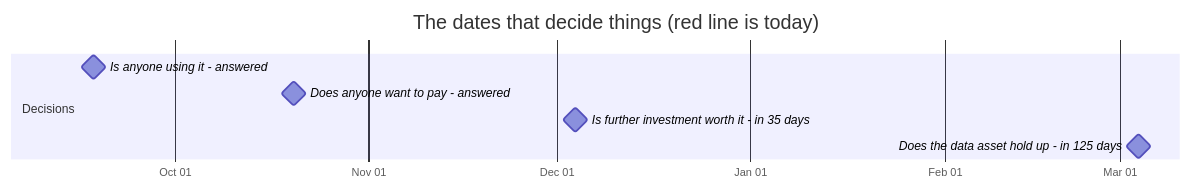
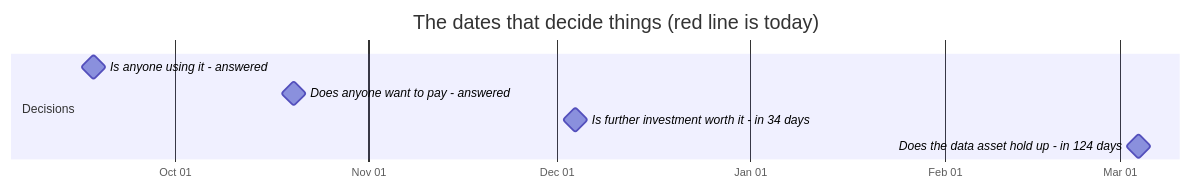
The first of 2 diagrams in docs/OWNER.md (jakegu1/vetagent), drawn with Mermaid before and after one commit. The commit also changed other lines of this file, not shown here.

````diff
--- a/docs/OWNER.md
+++ b/docs/OWNER.md
@@ -67,12 +67,12 @@
 ```mermaid
 gantt
     dateFormat YYYY-MM-DD
     axisFormat %b %d
     todayMarker stroke-width:3px,stroke:#d33,stroke-dasharray:0
     title The dates that decide things (red line is today)
     section Decisions
     Is anyone using it - answered :milestone, 2026-09-18, 0d
     Does anyone want to pay - answered :milestone, 2026-10-20, 0d
-    Is further investment worth it - in 35 days :milestone, 2026-12-04, 0d
-    Does the data asset hold up - in 125 days :milestone, 2027-03-04, 0d
+    Is further investment worth it - in 34 days :milestone, 2026-12-04, 0d
+    Does the data asset hold up - in 124 days :milestone, 2027-03-04, 0d
 ```
````
